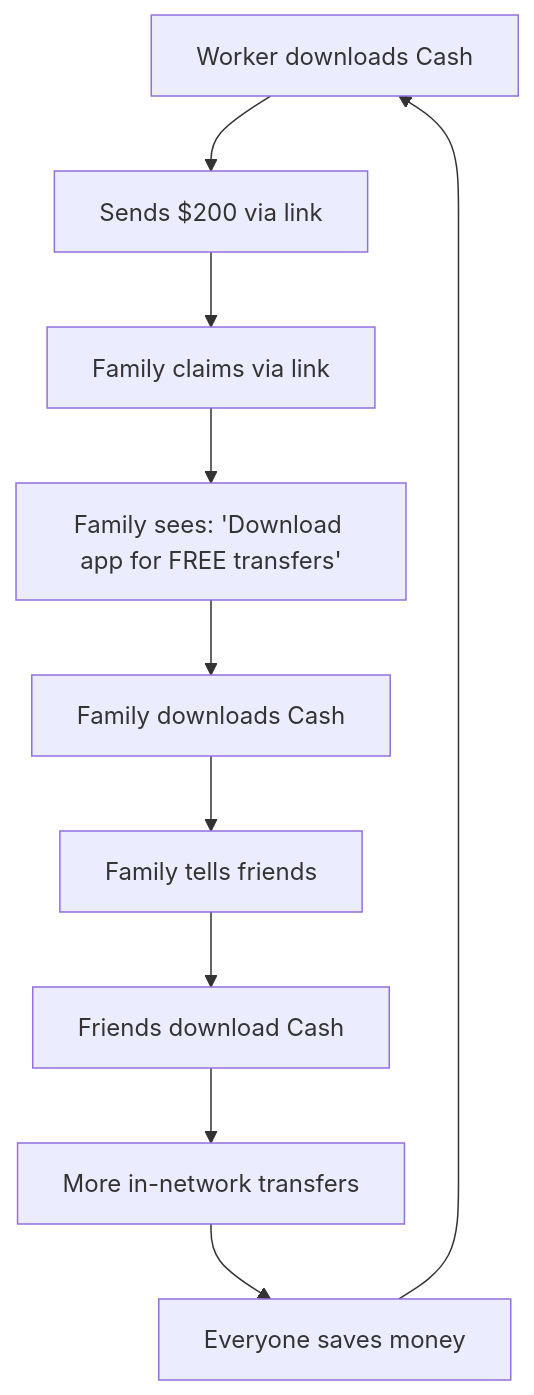
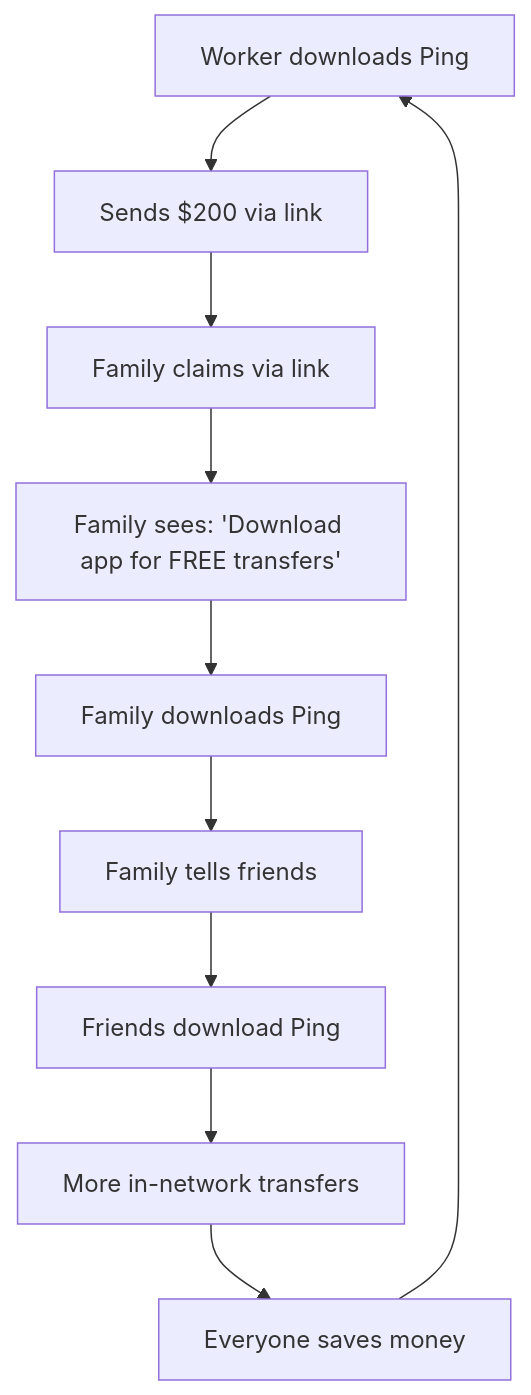
The fourth of 4 diagrams in docs/COMPETITORS.md (ping-cash/ping-cash), drawn with Mermaid before and after one commit. The commit also changed other lines of this file and 38 other files, not shown here.

First line of the commit message:
chore: rebrand Cash → Ping; migrate to ping-cash/ping-cash

````diff
--- a/docs/COMPETITORS.md
+++ b/docs/COMPETITORS.md
@@ -208,12 +208,12 @@
 ```mermaid
 flowchart TD
-    A[Worker downloads Cash] --> B[Sends $200 via link]
+    A[Worker downloads Ping] --> B[Sends $200 via link]
     B --> C[Family claims via link]
     C --> D[Family sees: 'Download app for FREE transfers']
-    D --> E[Family downloads Cash]
+    D --> E[Family downloads Ping]
     E --> F[Family tells friends]
-    F --> G[Friends download Cash]
+    F --> G[Friends download Ping]
     G --> H[More in-network transfers]
     H --> I[Everyone saves money]
     I --> A
 ```
````
